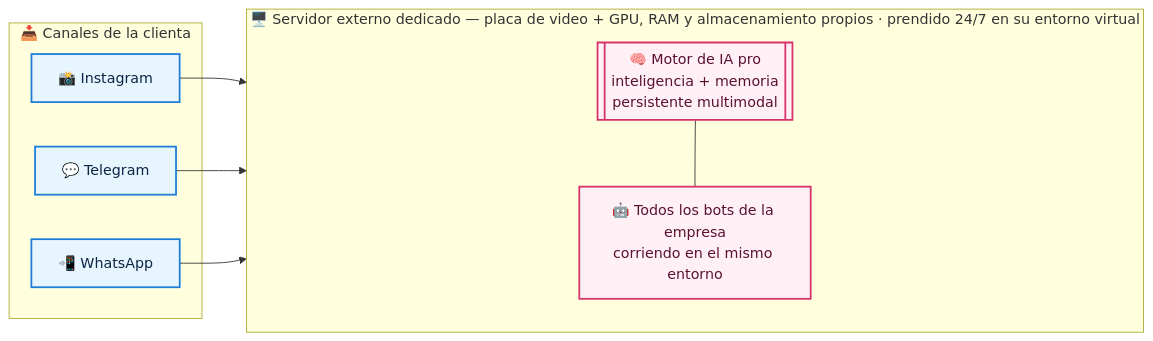
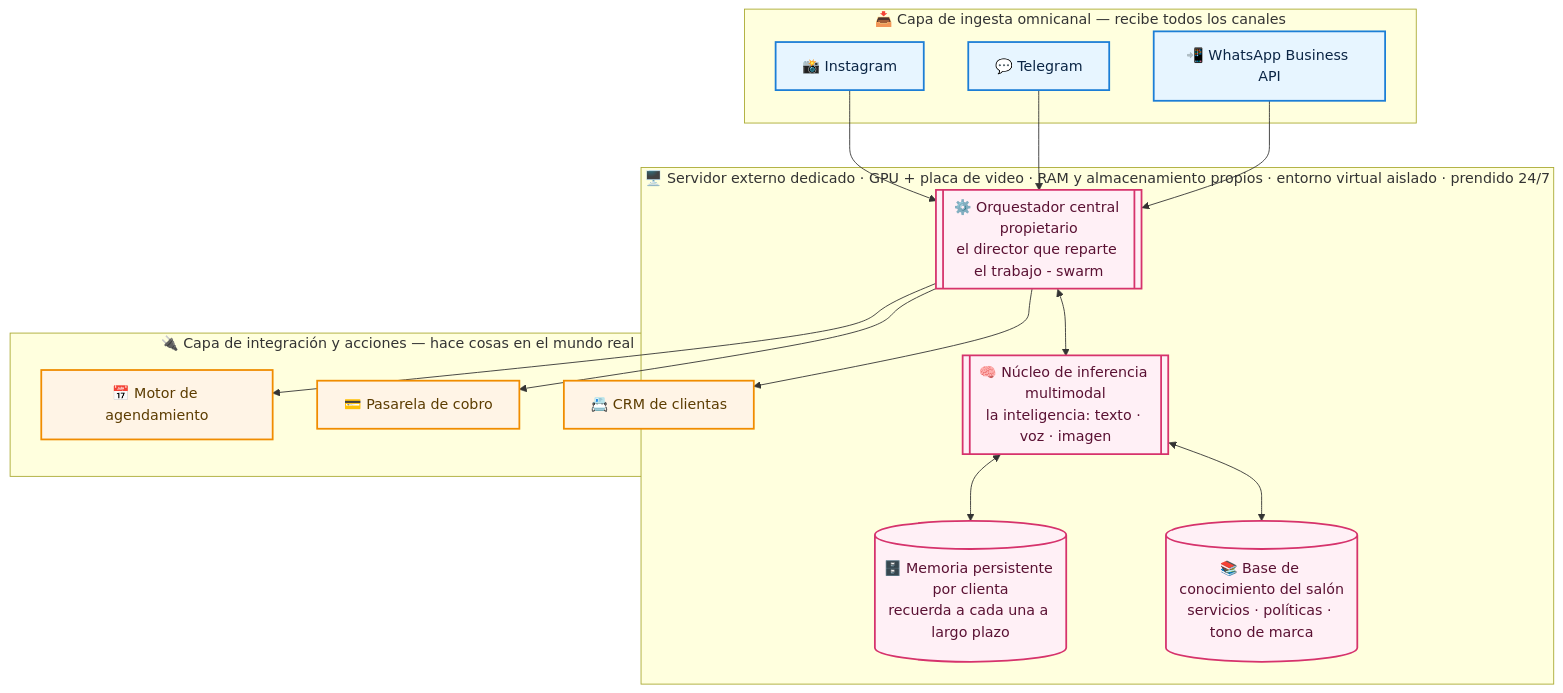
The fourth of 5 diagrams in agencia/bots/yas-papeo/docs/arquitectura.md (sergiopalomba05-jpg/quantumhive), drawn with Mermaid before and after one commit. The commit also changed other lines of this file and 1 other file, not shown here.

First line of the commit message:
docs(yas-papeo): jerga tecnica con aclaraciones en criollo, vision a futuro y nombre real del IG

````diff
--- a/agencia/bots/yas-papeo/docs/arquitectura.md
+++ b/agencia/bots/yas-papeo/docs/arquitectura.md
@@ -149,24 +155,39 @@
 ```mermaid
-flowchart LR
-    subgraph CANALES["📥 Canales de la clienta"]
+flowchart TB
+    subgraph OMNI["📥 Capa de ingesta omnicanal — recibe todos los canales"]
         IG2[📸 Instagram]
         TG2[💬 Telegram]
-        WA2[📲 WhatsApp]
+        WA2[📲 WhatsApp Business API]
     end
 
-    subgraph SERVIDOR["🖥️ Servidor externo dedicado — placa de video + GPU, RAM y almacenamiento propios · prendido 24/7 en su entorno virtual"]
-        MOTOR[[🧠 Motor de IA pro<br/>inteligencia + memoria<br/>persistente multimodal]]
-        BOTS[🤖 Todos los bots de la empresa<br/>corriendo en el mismo entorno]
+    subgraph CORE["🖥️ Servidor externo dedicado · GPU + placa de video · RAM y almacenamiento propios · entorno virtual aislado · prendido 24/7"]
+        ORCH[[⚙️ Orquestador central propietario<br/>el director que reparte el trabajo - swarm]]
+        MOTOR[[🧠 Núcleo de inferencia multimodal<br/>la inteligencia: texto · voz · imagen]]
+        MEM[(🗄️ Memoria persistente por clienta<br/>recuerda a cada una a largo plazo)]
+        KB[(📚 Base de conocimiento del salón<br/>servicios · políticas · tono de marca)]
     end
 
-    IG2 --> SERVIDOR
-    TG2 --> SERVIDOR
-    WA2 --> SERVIDOR
-    MOTOR --- BOTS
+    subgraph ACC["🔌 Capa de integración y acciones — hace cosas en el mundo real"]
+        AGENDA[📅 Motor de agendamiento]
+        PAGO[💳 Pasarela de cobro]
+        CRM[📇 CRM de clientas]
+    end
+
+    IG2 --> ORCH
+    TG2 --> ORCH
+    WA2 --> ORCH
+    ORCH <--> MOTOR
+    MOTOR <--> MEM
+    MOTOR <--> KB
+    ORCH --> AGENDA
+    ORCH --> PAGO
+    ORCH --> CRM
 
     classDef canal fill:#e7f5ff,stroke:#1c7ed6,stroke-width:2px,color:#0b2545;
-    classDef serv fill:#fff0f6,stroke:#d6336c,stroke-width:2px,color:#5a1133;
+    classDef core fill:#fff0f6,stroke:#d6336c,stroke-width:2px,color:#5a1133;
+    classDef acc fill:#fff4e6,stroke:#f08c00,stroke-width:2px,color:#5c3c00;
 
     class IG2,TG2,WA2 canal;
-    class MOTOR,BOTS serv;
+    class ORCH,MOTOR,MEM,KB core;
+    class AGENDA,PAGO,CRM acc;
 ```
````
